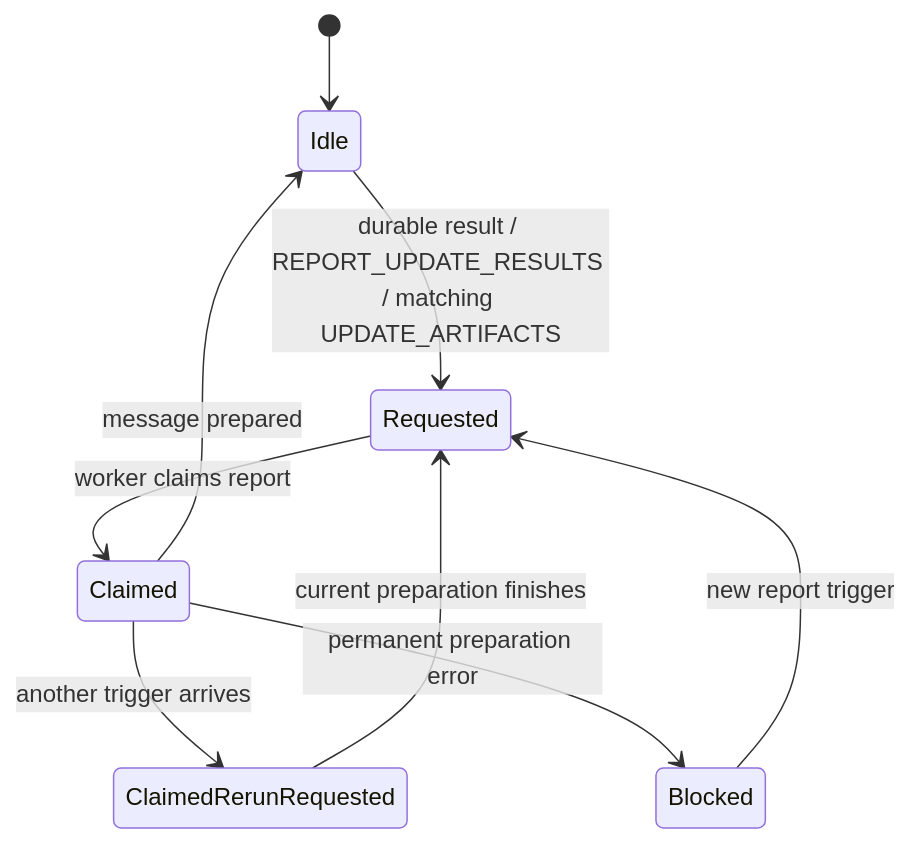
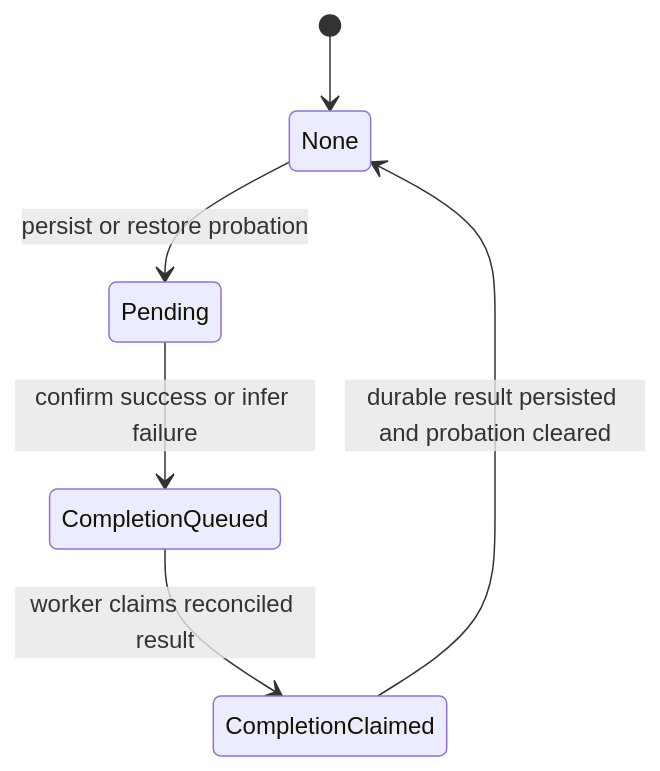
One commit to spotflow-io/device-sdk changed the seventh of 11 diagrams in zephyr/docs/ota.md. Above: the diagram before and after it, drawn with Mermaid. The commit also changed other lines of this file and 1 other file, not shown here.

Commit message:
Improve documentation and diagrams

````diff
--- a/zephyr/docs/ota.md
+++ b/zephyr/docs/ota.md
@@ -386,11 +401,8 @@
 ```mermaid
 stateDiagram-v2
-    [*] --> Idle
-    Idle --> Requested: durable result / REPORT_UPDATE_RESULTS / matching UPDATE_ARTIFACTS
-    Blocked --> Requested: new report trigger
-    Requested --> Claimed: worker claims report
-    Claimed --> ClaimedRerunRequested: another trigger arrives
-    Claimed --> Idle: message prepared
-    Claimed --> Blocked: permanent preparation error
-    ClaimedRerunRequested --> Requested: current preparation finishes
+    [*] --> None
+    None --> Pending: persist or restore probation
+    Pending --> CompletionQueued: confirm success or infer failure
+    CompletionQueued --> CompletionClaimed: worker claims reconciled result
+    CompletionClaimed --> None: durable result persisted and probation cleared
 ```
````
